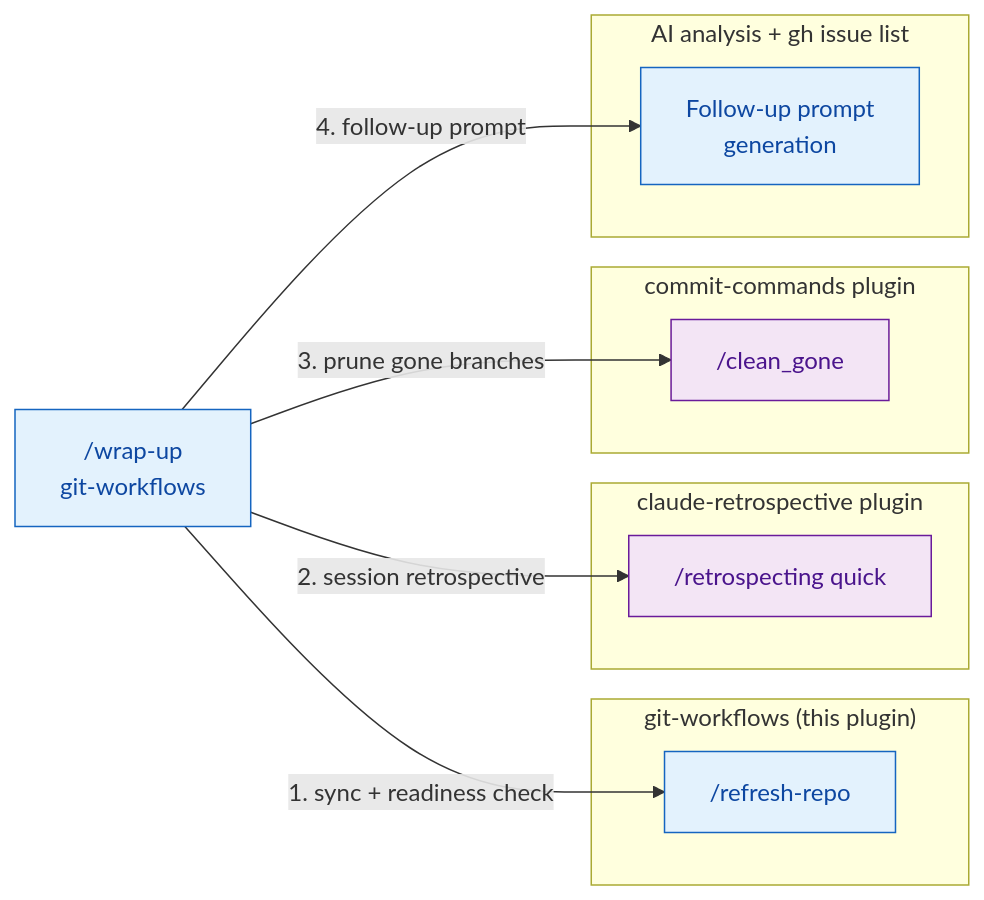
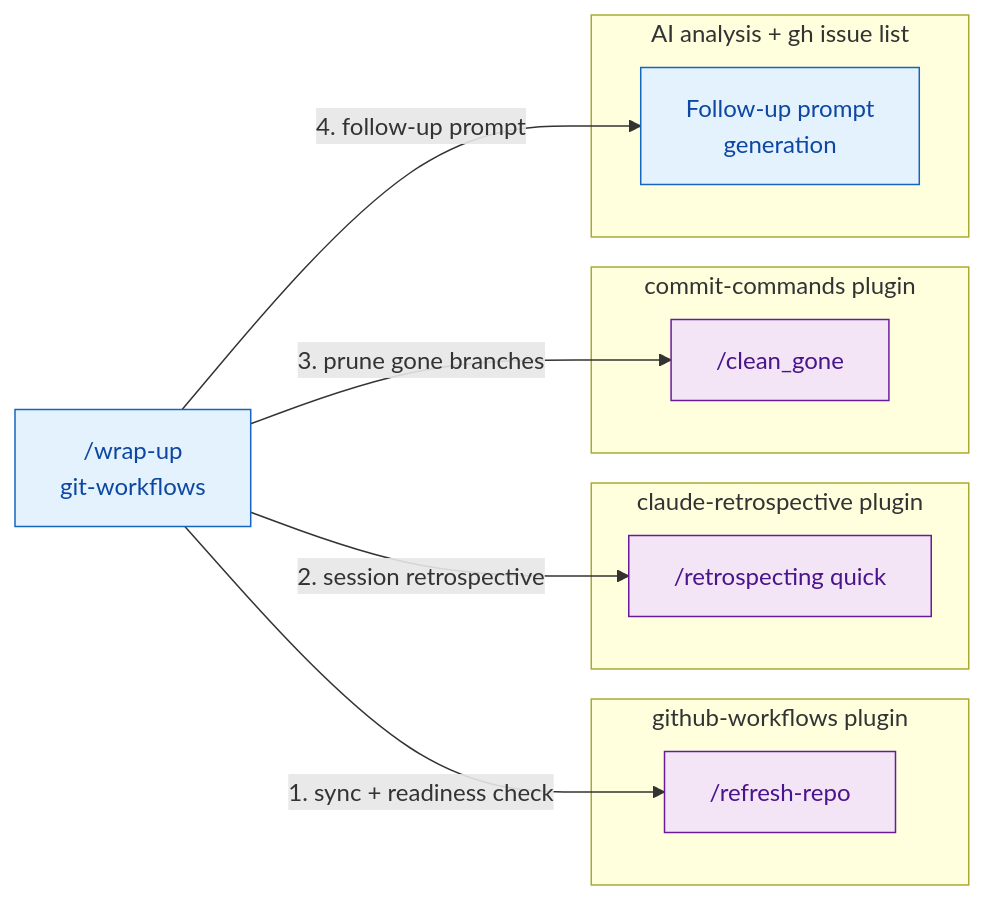
Before and after one commit to JacobPEvans/claude-code-plugins: the second of 3 diagrams in git-workflows/ARCHITECTURE.md, drawn with Mermaid. The commit also changed other lines of this file and 20 other files, not shown here.

````diff
--- a/git-workflows/ARCHITECTURE.md
+++ b/git-workflows/ARCHITECTURE.md
@@ -57,28 +47,28 @@
 ```mermaid
 flowchart LR
     classDef ai fill:#e3f2fd,stroke:#1565c0,color:#0d47a1
     classDef external fill:#f3e5f5,stroke:#6a1b9a,color:#4a148c
 
     wrap_up["/wrap-up\ngit-workflows"]:::ai
 
-    subgraph local["git-workflows (this plugin)"]
-        refresh_repo["/refresh-repo"]:::ai
+    subgraph github_wf["github-workflows plugin"]
+        refresh_repo["/refresh-repo"]:::external
     end
 
     subgraph retro["claude-retrospective plugin"]
         retrospecting["/retrospecting quick"]:::external
     end
 
     subgraph commits["commit-commands plugin"]
         clean_gone["/clean_gone"]:::external
     end
 
     subgraph builtin["AI analysis + gh issue list"]
         follow_up["Follow-up prompt\ngeneration"]:::ai
     end
 
     wrap_up -->|"1. sync + readiness check"| refresh_repo
     wrap_up -->|"2. session retrospective"| retrospecting
     wrap_up -->|"3. prune gone branches"| clean_gone
     wrap_up -->|"4. follow-up prompt"| follow_up
 ```
````
